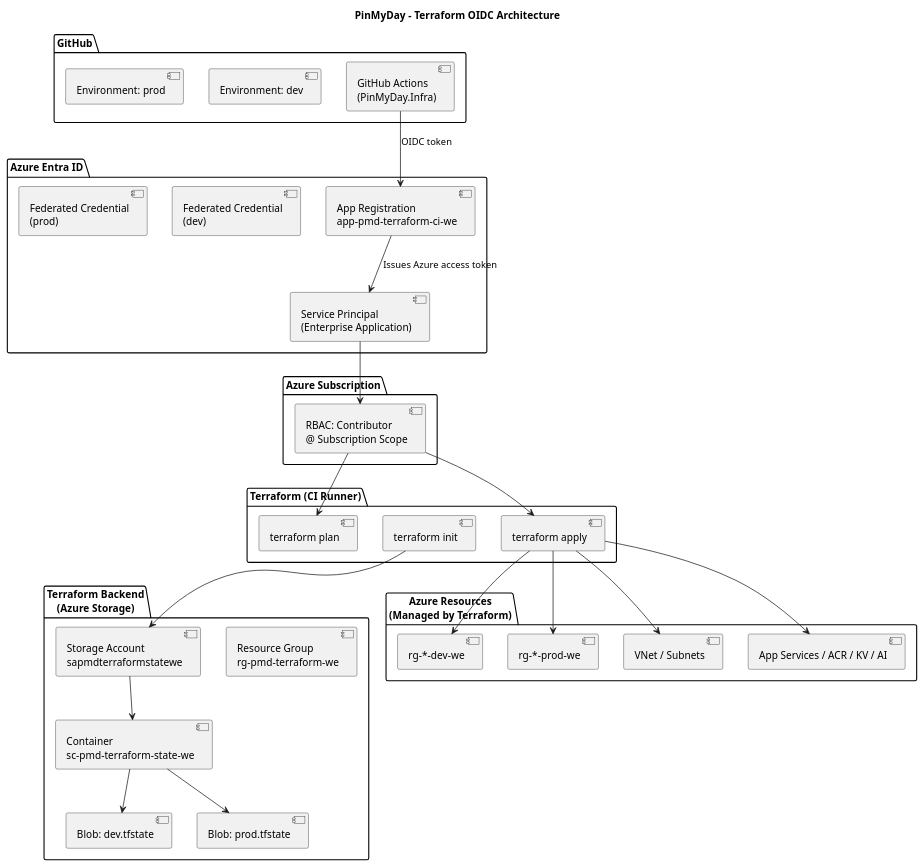
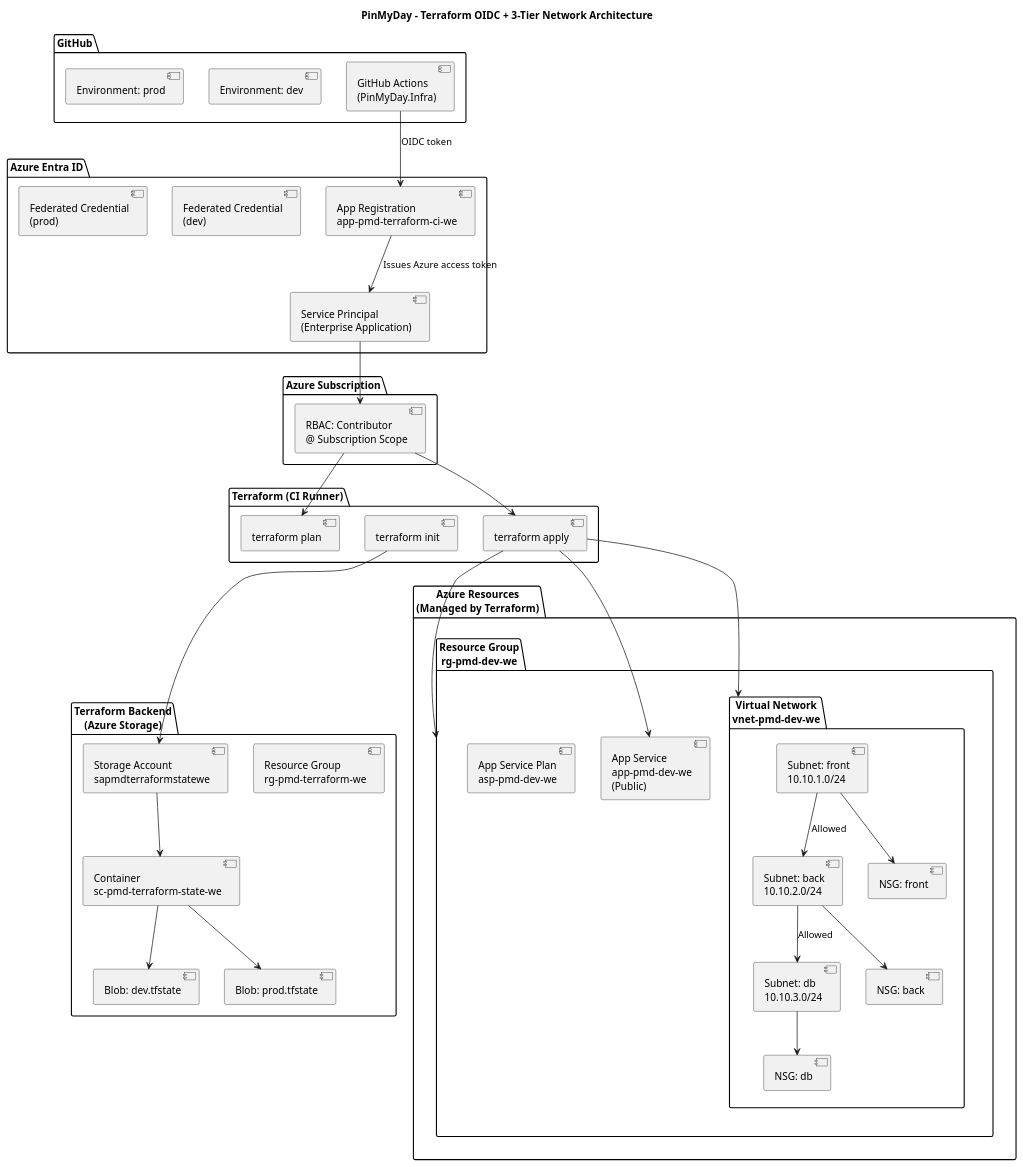
The diagram in docs/architecture.puml (YarochkinMichael/PinMyDay.Infra), drawn with PlantUML before and after one commit. The commit also changed 15 other files, not shown here.

```diff
--- a/docs/architecture.puml
+++ b/docs/architecture.puml
@@ -1,63 +1,83 @@
 @startuml
-title PinMyDay - Terraform OIDC Architecture
+title PinMyDay - Terraform OIDC + 3-Tier Network Architecture
 
 package "GitHub" {
   [GitHub Actions\n(PinMyDay.Infra)]
   [Environment: dev]
   [Environment: prod]
 }
 
 package "Azure Entra ID" {
   [App Registration\napp-pmd-terraform-ci-we]
   [Federated Credential\n(dev)]
   [Federated Credential\n(prod)]
   [Service Principal\n(Enterprise Application)]
 }
 
 package "Azure Subscription" {
   [RBAC: Contributor\n@ Subscription Scope]
 }
 
 package "Terraform (CI Runner)" {
   [terraform init]
   [terraform plan]
   [terraform apply]
 }
 
 package "Terraform Backend\n(Azure Storage)" {
   [Resource Group\nrg-pmd-terraform-we]
   [Storage Account\nsapmdterraformstatewe]
   [Container\nsc-pmd-terraform-state-we]
   [Blob: dev.tfstate]
   [Blob: prod.tfstate]
 }
 
 package "Azure Resources\n(Managed by Terraform)" {
-  [rg-*-dev-we]
-  [rg-*-prod-we]
-  [VNet / Subnets]
-  [App Services / ACR / KV / AI]
+
+  package "Resource Group\nrg-pmd-dev-we" {
+
+    package "Virtual Network\nvnet-pmd-dev-we" {
+
+      [Subnet: front\n10.10.1.0/24]
+      [Subnet: back\n10.10.2.0/24]
+      [Subnet: db\n10.10.3.0/24]
+
+      [NSG: front]
+      [NSG: back]
+      [NSG: db]
+
+      [Subnet: front\n10.10.1.0/24] --> [NSG: front]
+      [Subnet: back\n10.10.2.0/24] --> [NSG: back]
+      [Subnet: db\n10.10.3.0/24] --> [NSG: db]
+
+      ' Logical traffic flow
+      [Subnet: front\n10.10.1.0/24] --> [Subnet: back\n10.10.2.0/24] : Allowed
+      [Subnet: back\n10.10.2.0/24] --> [Subnet: db\n10.10.3.0/24] : Allowed
+    }
+
+    [App Service\napp-pmd-dev-we\n(Public)]
+    [App Service Plan\nasp-pmd-dev-we]
+  }
 }
 
 ' ===== Authentication Flow =====
 [GitHub Actions\n(PinMyDay.Infra)] --> [App Registration\napp-pmd-terraform-ci-we] : OIDC token
 [App Registration\napp-pmd-terraform-ci-we] --> [Service Principal\n(Enterprise Application)] : Issues Azure access token
 [Service Principal\n(Enterprise Application)] --> [RBAC: Contributor\n@ Subscription Scope]
 
 ' ===== Terraform Execution =====
 [RBAC: Contributor\n@ Subscription Scope] --> [terraform plan]
 [RBAC: Contributor\n@ Subscription Scope] --> [terraform apply]
 
 ' ===== Backend State =====
 [terraform init] --> [Storage Account\nsapmdterraformstatewe]
 [Storage Account\nsapmdterraformstatewe] --> [Container\nsc-pmd-terraform-state-we]
 [Container\nsc-pmd-terraform-state-we] --> [Blob: dev.tfstate]
 [Container\nsc-pmd-terraform-state-we] --> [Blob: prod.tfstate]
 
 ' ===== Resource Creation =====
-[terraform apply] --> [rg-*-dev-we]
-[terraform apply] --> [rg-*-prod-we]
-[terraform apply] --> [VNet / Subnets]
-[terraform apply] --> [App Services / ACR / KV / AI]
+[terraform apply] --> [Resource Group\nrg-pmd-dev-we]
+[terraform apply] --> [Virtual Network\nvnet-pmd-dev-we]
+[terraform apply] --> [App Service\napp-pmd-dev-we\n(Public)]
 
 @enduml
```
